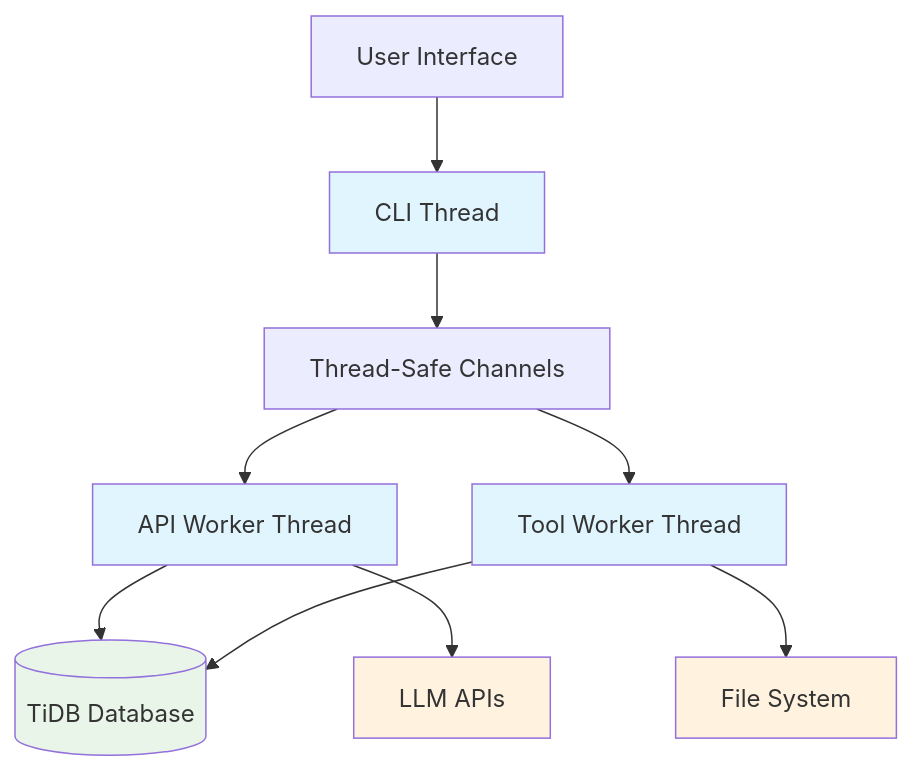
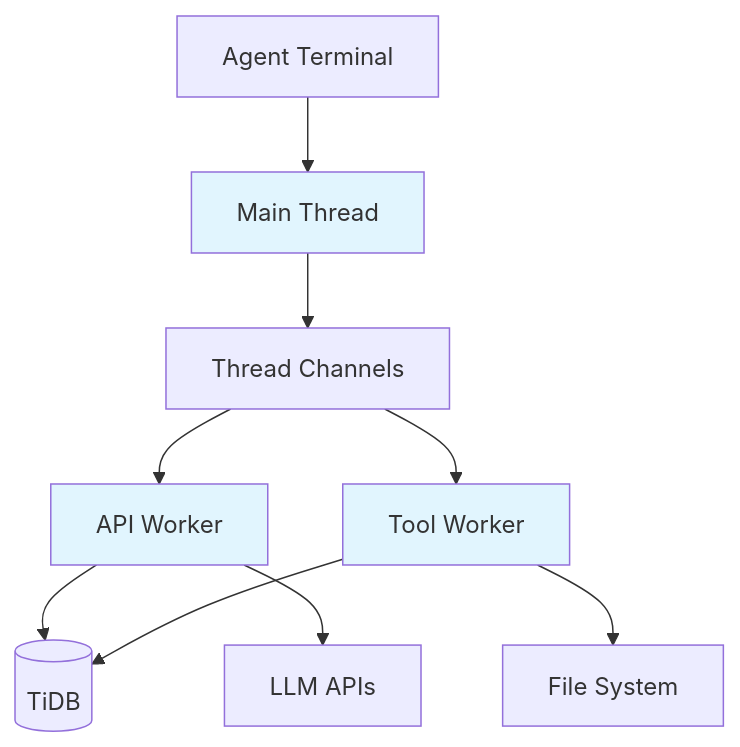
The third of 4 diagrams in doc/ARCHITECTURE.md (gokr/niffler), drawn with Mermaid before and after one commit. The commit also changed other lines of this file and 25 other files, not shown here.

````diff
--- a/doc/ARCHITECTURE.md
+++ b/doc/ARCHITECTURE.md
@@ -11,19 +100,14 @@
 ```mermaid
 graph TB
-    User[User Interface] --> CLI[CLI Thread]
-    CLI --> Channels[Thread-Safe Channels]
-    Channels --> API[API Worker Thread]
-    Channels --> Tools[Tool Worker Thread]
-    API --> DB[(TiDB Database)]
+    User[Agent Terminal] --> CLI[Main Thread]
+    CLI --> Channels[Thread Channels]
+    Channels --> API[API Worker]
+    Channels --> Tools[Tool Worker]
+    API --> DB[(TiDB)]
     Tools --> DB
-    Tools --> FileSystem[File System]
+    Tools --> FS[File System]
     API --> LLM[LLM APIs]
 
     classDef thread fill:#e1f5fe
-    classDef storage fill:#e8f5e8
-    classDef external fill:#fff3e0
-
     class CLI,API,Tools thread
-    class DB storage
-    class LLM,FileSystem external
 ```
````
